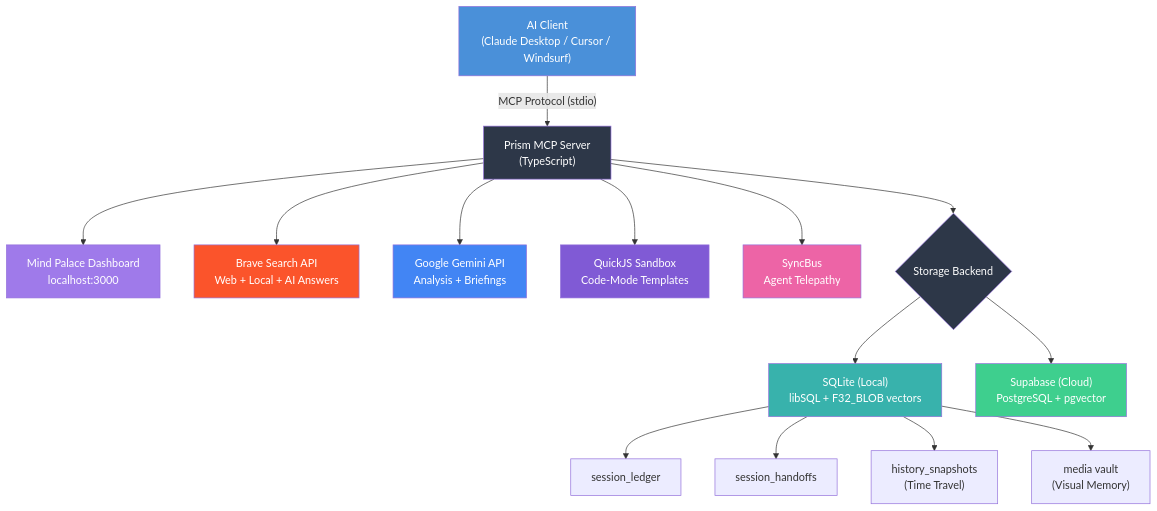
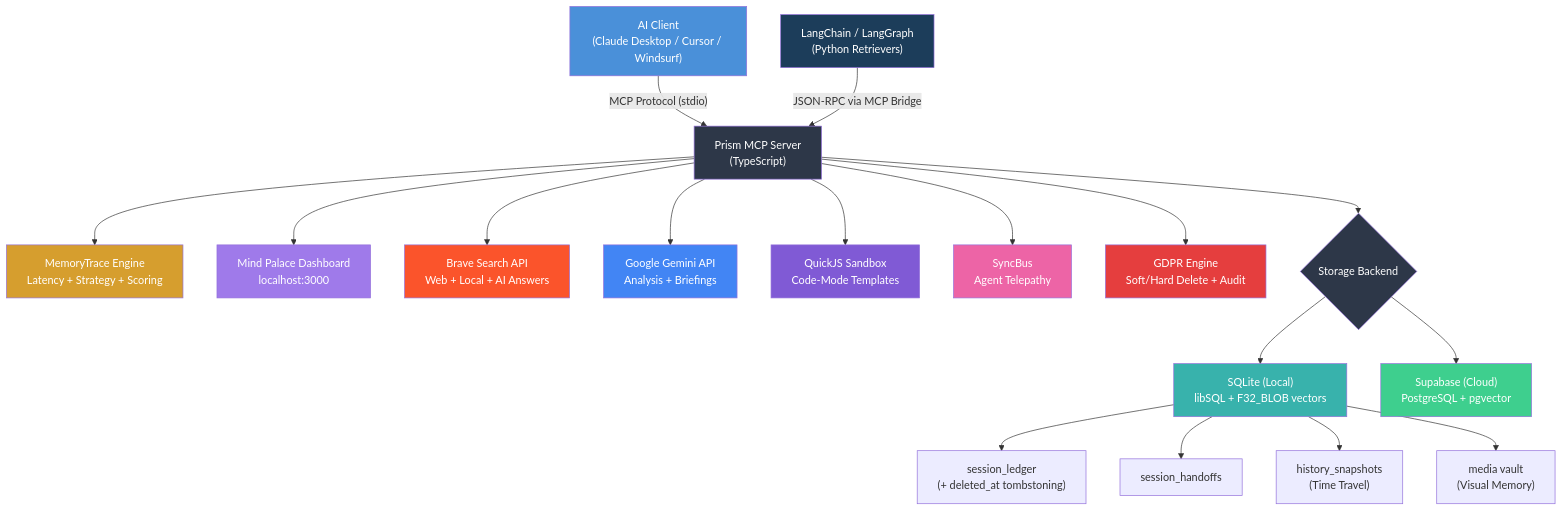
The diagram in README.md (dcostenco/prism-mcp), drawn with Mermaid before and after one commit. The commit also changed other lines of this file and 13 other files, not shown here.

First line of the commit message:
v2.5.0: Enterprise Memory — Tracing, GDPR Deletion, LangChain Integration

````diff
--- a/README.md
+++ b/README.md
@@ -316,33 +331,40 @@
 ```mermaid
 graph TB
     Client["AI Client<br/>(Claude Desktop / Cursor / Windsurf)"]
+    LangChain["LangChain / LangGraph<br/>(Python Retrievers)"]
     MCP["Prism MCP Server<br/>(TypeScript)"]
     
     Client -- "MCP Protocol (stdio)" --> MCP
+    LangChain -- "JSON-RPC via MCP Bridge" --> MCP
     
+    MCP --> Tracing["MemoryTrace Engine<br/>Latency + Strategy + Scoring"]
     MCP --> Dashboard["Mind Palace Dashboard<br/>localhost:3000"]
     MCP --> Brave["Brave Search API<br/>Web + Local + AI Answers"]
     MCP --> Gemini["Google Gemini API<br/>Analysis + Briefings"]
     MCP --> Sandbox["QuickJS Sandbox<br/>Code-Mode Templates"]
     MCP --> SyncBus["SyncBus<br/>Agent Telepathy"]
+    MCP --> GDPR["GDPR Engine<br/>Soft/Hard Delete + Audit"]
     
     MCP --> Storage{"Storage Backend"}
     Storage --> SQLite["SQLite (Local)<br/>libSQL + F32_BLOB vectors"]
     Storage --> Supabase["Supabase (Cloud)<br/>PostgreSQL + pgvector"]
     
-    SQLite --> Ledger["session_ledger"]
+    SQLite --> Ledger["session_ledger<br/>(+ deleted_at tombstoning)"]
     SQLite --> Handoffs["session_handoffs"]
     SQLite --> History["history_snapshots<br/>(Time Travel)"]
     SQLite --> Media["media vault<br/>(Visual Memory)"]
     
     style Client fill:#4A90D9,color:#fff
+    style LangChain fill:#1C3D5A,color:#fff
     style MCP fill:#2D3748,color:#fff
+    style Tracing fill:#D69E2E,color:#fff
     style Dashboard fill:#9F7AEA,color:#fff
     style Brave fill:#FB542B,color:#fff
     style Gemini fill:#4285F4,color:#fff
     style Sandbox fill:#805AD5,color:#fff
     style SyncBus fill:#ED64A6,color:#fff
+    style GDPR fill:#E53E3E,color:#fff
     style Storage fill:#2D3748,color:#fff
     style SQLite fill:#38B2AC,color:#fff
     style Supabase fill:#3ECF8E,color:#fff
 ```
````
